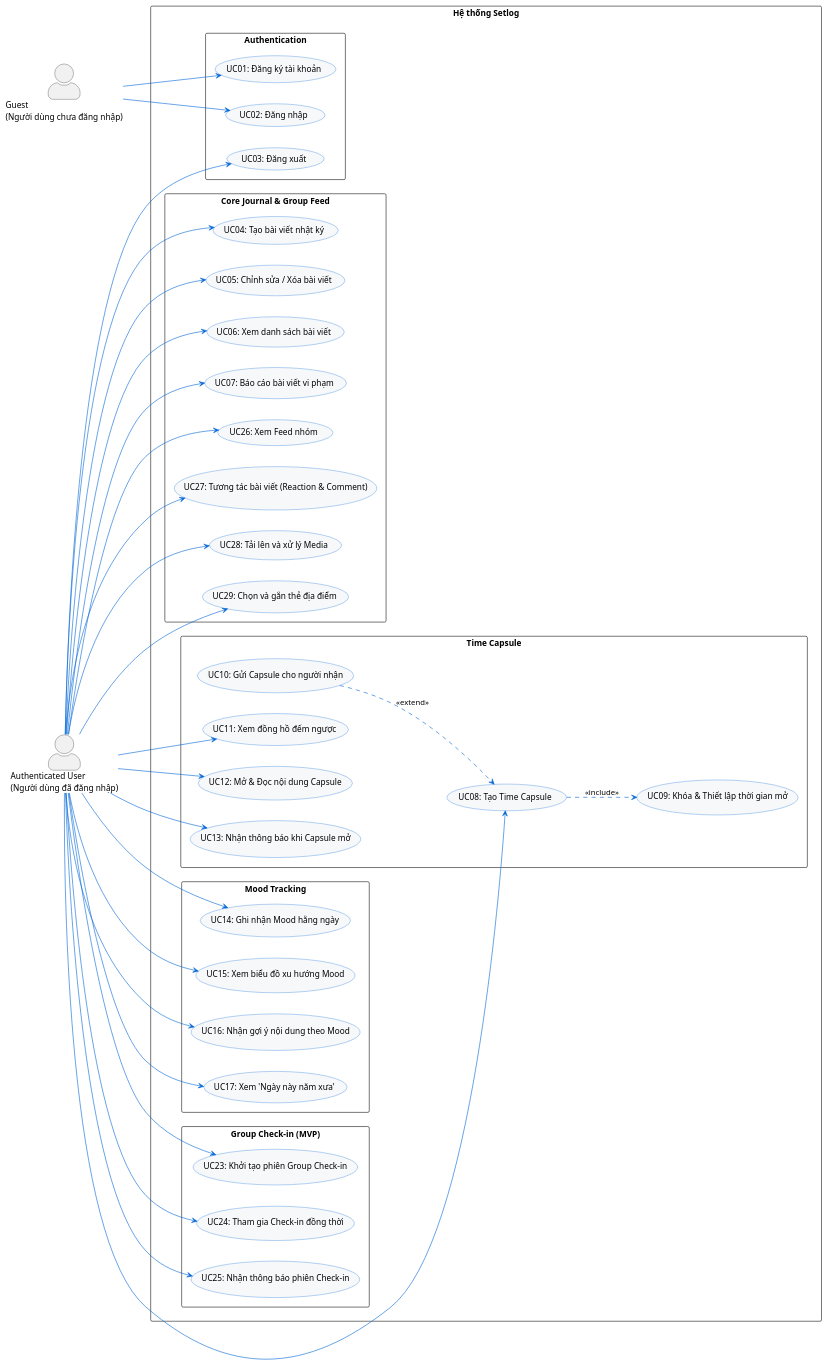
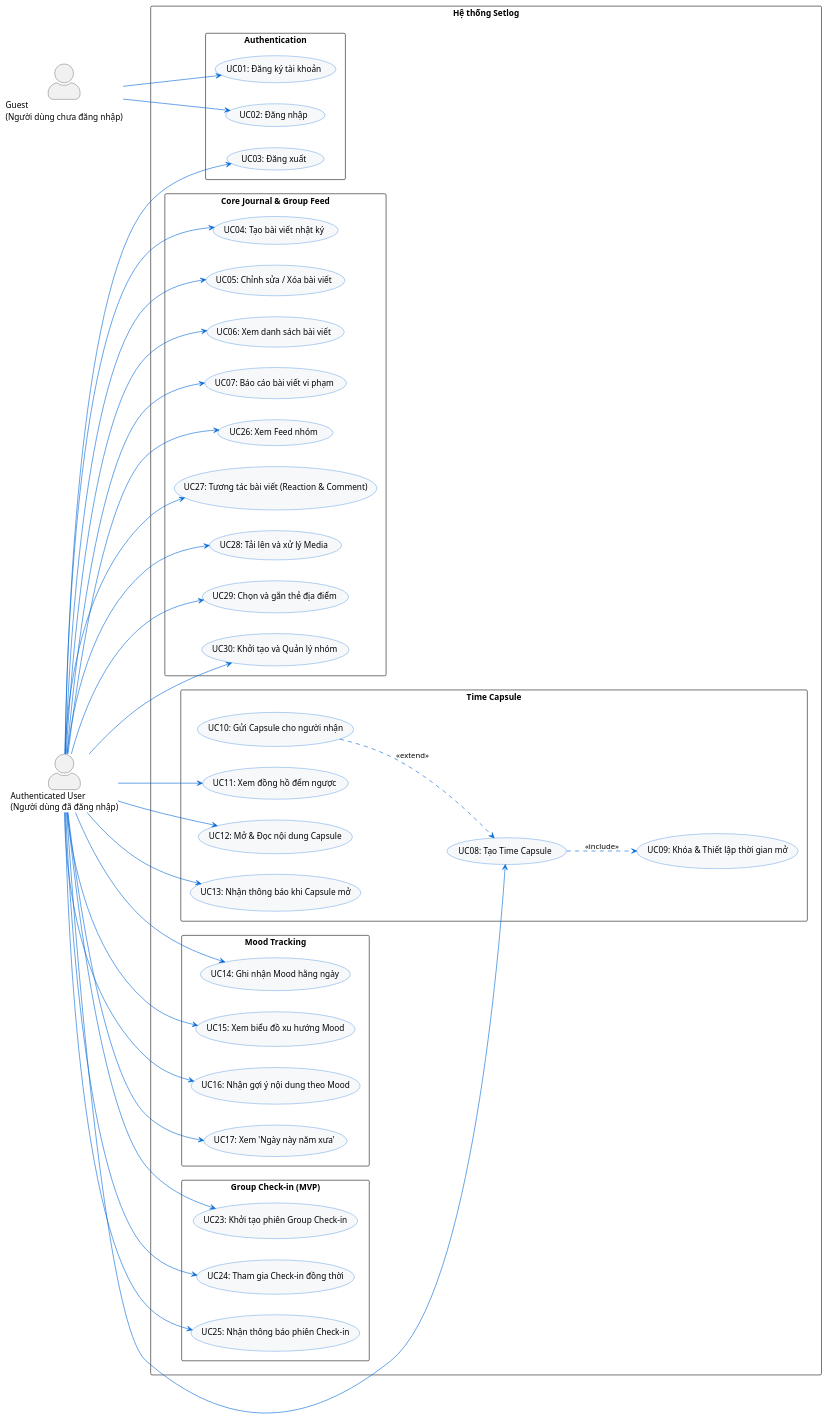
The diagram in SRS.md (Hieusin18/NhatKi), drawn with PlantUML before and after one commit. The commit also changed other lines of this file, not shown here.

```diff
--- a/SRS.md
+++ b/SRS.md
@@ -91,6 +91,7 @@
         usecase "UC27: Tương tác bài viết (Reaction & Comment)" as UC27
         usecase "UC28: Tải lên và xử lý Media" as UC28
         usecase "UC29: Chọn và gắn thẻ địa điểm" as UC29
+        usecase "UC30: Khởi tạo và Quản lý nhóm" as UC30
     }
 
     package "Time Capsule" {
@@ -141,6 +142,7 @@
 User --> UC27
 User --> UC28
 User --> UC29
+User --> UC30
 
 ' Time Capsule Relationships
 UC08 ..> UC09 : <<include>>
```
